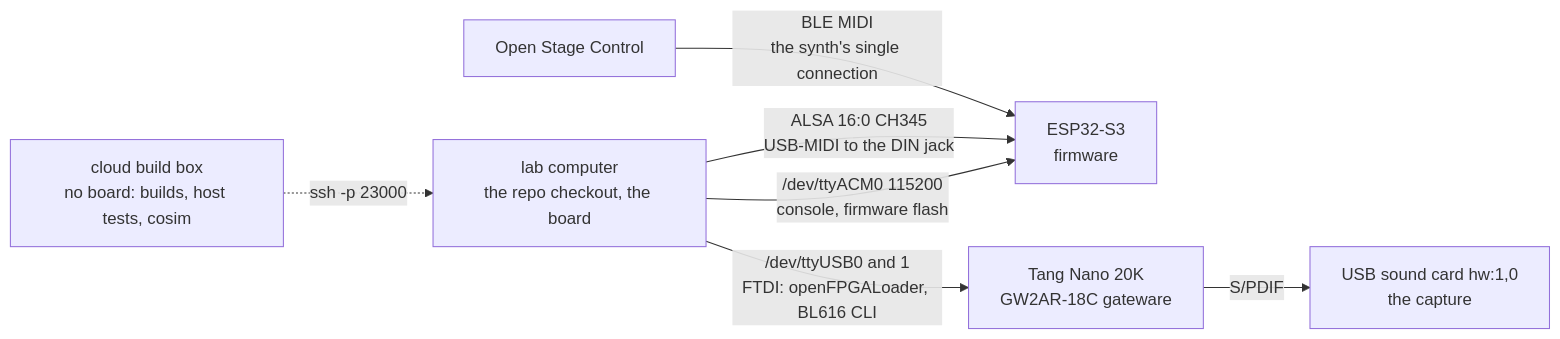
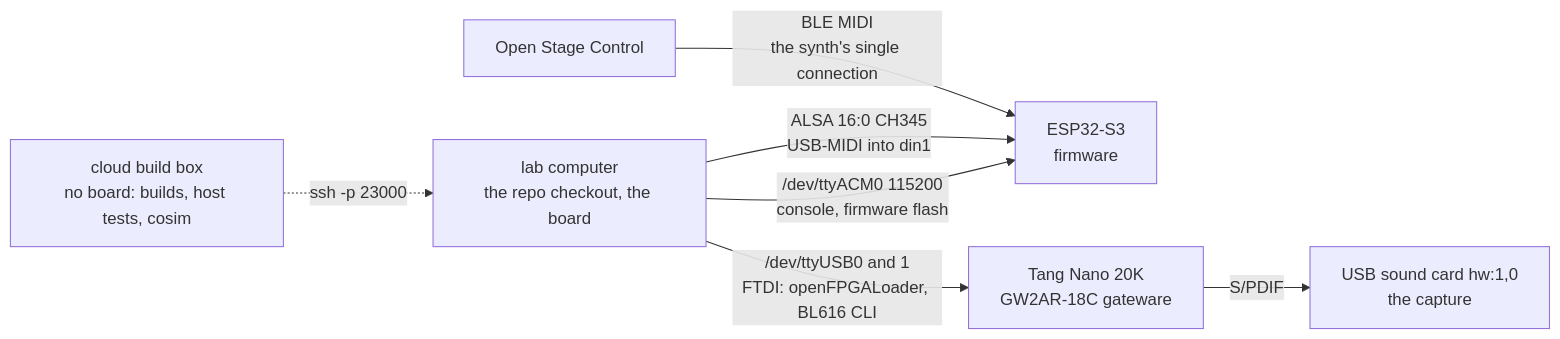
Before and after one commit to Thorwegian/noaidi-fpga-synth: the diagram in tools/lab/README.md, drawn with Mermaid. The commit also changed other lines of this file and 15 other files, not shown here.

First line of the commit message:
MIDI sources are named din1, din2 and ble

````diff
--- a/tools/lab/README.md
+++ b/tools/lab/README.md
@@ -12,9 +12,9 @@
 ```mermaid
 flowchart LR
     cloud[cloud build box<br/>no board: builds, host tests, cosim] -. ssh -p 23000 .-> lab[lab computer<br/>the repo checkout, the board]
     lab -- /dev/ttyACM0 115200<br/>console, firmware flash --> esp[ESP32-S3<br/>firmware]
     lab -- /dev/ttyUSB0 and 1<br/>FTDI: openFPGALoader, BL616 CLI --> fpga[Tang Nano 20K<br/>GW2AR-18C gateware]
-    lab -- ALSA 16:0 CH345<br/>USB-MIDI to the DIN jack --> esp
+    lab -- ALSA 16:0 CH345<br/>USB-MIDI into din1 --> esp
     osc[Open Stage Control] -- BLE MIDI<br/>the synth's single connection --> esp
     fpga -- S/PDIF --> cap[USB sound card hw:1,0<br/>the capture]
 ```
````
